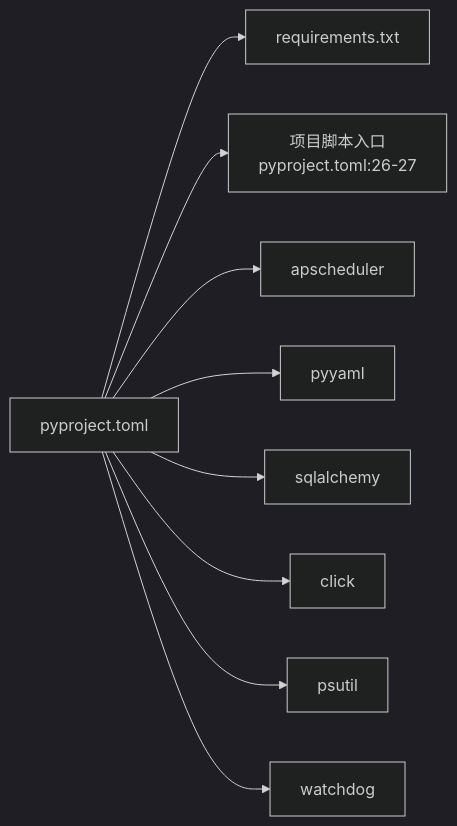
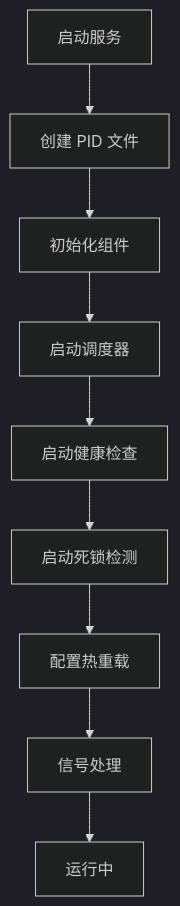
One commit to eden2f/cron-copilot changed the fifth of 5 diagrams in .qoder/repowiki/zh/content/快速开始.md. Above: the diagram before and after it, drawn with Mermaid (dark theme). The commit also changed other lines of this file and 21 other files, not shown here.

````diff
--- a/.qoder/repowiki/zh/content/快速开始.md
+++ b/.qoder/repowiki/zh/content/快速开始.md
@@ -278,11 +277,11 @@
 ```mermaid
-graph LR
-P["pyproject.toml"] --> R["requirements.txt"]
-P --> S["项目脚本入口<br/>pyproject.toml:26-27"]
-P --> D1["apscheduler"]
-P --> D2["pyyaml"]
-P --> D3["sqlalchemy"]
-P --> D4["click"]
-P --> D5["psutil"]
-P --> D6["watchdog"]
+flowchart TD
+A["启动服务"] --> B["创建 PID 文件"]
+B --> C["初始化组件"]
+C --> D["启动调度器"]
+D --> E["启动健康检查"]
+E --> F["启动死锁检测"]
+F --> G["配置热重载"]
+G --> H["信号处理"]
+H --> I["运行中"]
 ```
````
